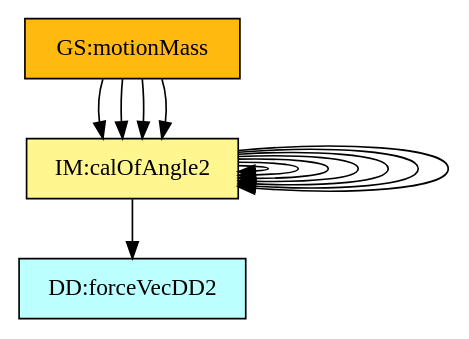
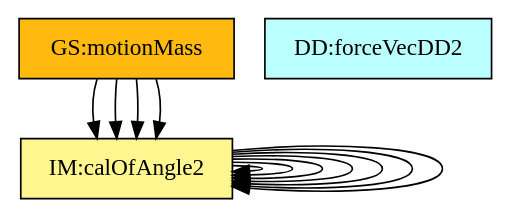
The diagram in code/stable/dblpend/TraceyGraph/allvsall.dot (JacquesCarette/Drasil), drawn with Graphviz before and after one commit. The commit also changed 9 other files, not shown here.

```diff
--- a/code/stable/dblpend/TraceyGraph/allvsall.dot
+++ b/code/stable/dblpend/TraceyGraph/allvsall.dot
@@ -1,88 +1,85 @@
 digraph allvsall {
-	theory:v_mv1 -> dataDefn:p_1;
 	theory:angleIM1 -> theory:angleIM2;
 	theory:angleIM2 -> theory:a_mv1;
 	theory:angleIM2 -> theory:a_mv2;
 	theory:angleIM2 -> theory:F_mv1;
 	theory:angleIM2 -> theory:F_mv2;
 	theory:angleIM2 -> theory:angleIM1;
 	theory:angleIM2 -> theory:angleIM2;
 	instance:calcAng -> theory:angleIM1;
 	instance:calcAng -> theory:angleIM2;
 	instance:outputValues -> theory:angleIM1;
 	instance:outputValues -> theory:angleIM2;
 
 
 	instance:twoDMotion	[shape=box, color=black, style=filled, fillcolor=mistyrose, label="A:twoDMotion"];
 	instance:cartSys	[shape=box, color=black, style=filled, fillcolor=mistyrose, label="A:cartSys"];
 	instance:cartSysR	[shape=box, color=black, style=filled, fillcolor=mistyrose, label="A:cartSysR"];
 	instance:yAxisDir	[shape=box, color=black, style=filled, fillcolor=mistyrose, label="A:yAxisDir"];
 
 	subgraph A {
 	rank="same"
 	{instance:twoDMotion, instance:cartSys, instance:cartSysR, instance:yAxisDir}
 	}
 
-	dataDefn:p_1	[shape=box, color=black, style=filled, fillcolor=paleturquoise1, label="DD:positionVecDD1"];
-	dataDefn:p_2	[shape=box, color=black, style=filled, fillcolor=paleturquoise1, label="DD:positionVecDD2"];
 	dataDefn:v_mv1	[shape=box, color=black, style=filled, fillcolor=paleturquoise1, label="DD:velocityVecDD1"];
 	dataDefn:v_mv2	[shape=box, color=black, style=filled, fillcolor=paleturquoise1, label="DD:velocityVecDD2"];
 	dataDefn:a_mv1	[shape=box, color=black, style=filled, fillcolor=paleturquoise1, label="DD:accelVecDD1"];
 	dataDefn:a_mv2	[shape=box, color=black, style=filled, fillcolor=paleturquoise1, label="DD:accelVecDD2"];
 	dataDefn:F_mv1	[shape=box, color=black, style=filled, fillcolor=paleturquoise1, label="DD:forceVecDD1"];
 	dataDefn:F_mv2	[shape=box, color=black, style=filled, fillcolor=paleturquoise1, label="DD:forceVecDD2"];
 
 	subgraph DD {
 	rank="same"
-	{dataDefn:p_1, dataDefn:p_2, dataDefn:v_mv1, dataDefn:v_mv2, dataDefn:a_mv1, dataDefn:a_mv2, dataDefn:F_mv1, dataDefn:F_mv2}
+	{dataDefn:v_mv1, dataDefn:v_mv2, dataDefn:a_mv1, dataDefn:a_mv2, dataDefn:F_mv1, dataDefn:F_mv2}
 	}
 
 	theory:accelerationTM	[shape=box, color=black, style=filled, fillcolor=pink, label="TM:acceleration"];
 	theory:velocityTM	[shape=box, color=black, style=filled, fillcolor=pink, label="TM:velocity"];
 	theory:newtonSL	[shape=box, color=black, style=filled, fillcolor=pink, label="TM:NewtonSecLawMot"];
 
 	subgraph TM {
 	rank="same"
 	{theory:accelerationTM, theory:velocityTM, theory:newtonSL}
 	}
 
 	theory:v_mv1	[shape=box, color=black, style=filled, fillcolor=palegreen, label="GD:velocityVector1"];
 	theory:v_mv2	[shape=box, color=black, style=filled, fillcolor=palegreen, label="GD:velocityVector2"];
 	theory:a_mv1	[shape=box, color=black, style=filled, fillcolor=palegreen, label="GD:accelerationVector1"];
 	theory:a_mv2	[shape=box, color=black, style=filled, fillcolor=palegreen, label="GD:accelerationVector2"];
 	theory:F_mv1	[shape=box, color=black, style=filled, fillcolor=palegreen, label="GD:forceVector1"];
 	theory:F_mv2	[shape=box, color=black, style=filled, fillcolor=palegreen, label="GD:forceVector2"];
 
 	subgraph GD {
 	rank="same"
 	{theory:v_mv1, theory:v_mv2, theory:a_mv1, theory:a_mv2, theory:F_mv1, theory:F_mv2}
 	}
 
 	theory:angleIM1	[shape=box, color=black, style=filled, fillcolor=khaki1, label="IM:calOfAngle1"];
 	theory:angleIM2	[shape=box, color=black, style=filled, fillcolor=khaki1, label="IM:calOfAngle2"];
 
 	subgraph IM {
 	rank="same"
 	{theory:angleIM1, theory:angleIM2}
 	}
 
 	instance:correct	[shape=box, color=black, style=filled, fillcolor=ivory, label="NFR:correct"];
 	instance:portable	[shape=box, color=black, style=filled, fillcolor=ivory, label="NFR:portable"];
 	instance:inputValues	[shape=box, color=black, style=filled, fillcolor=ivory, label="FR:inputValues"];
 	instance:verifyInptVals	[shape=box, color=black, style=filled, fillcolor=ivory, label="FR:verifyInptVals"];
 	instance:calcAng	[shape=box, color=black, style=filled, fillcolor=ivory, label="FR:calcAng"];
 	instance:outputValues	[shape=box, color=black, style=filled, fillcolor=ivory, label="FR:outputValues"];
 
 	subgraph NFR {
 	rank="same"
 	{instance:correct, instance:portable, instance:inputValues, instance:verifyInptVals, instance:calcAng, instance:outputValues}
 	}
 
 	instance:motionMass	[shape=box, color=black, style=filled, fillcolor=darkgoldenrod1, label="GS:motionMass"];
 
 	subgraph GS {
 	rank="same"
 	{instance:motionMass}
 	}
 
 }
```
